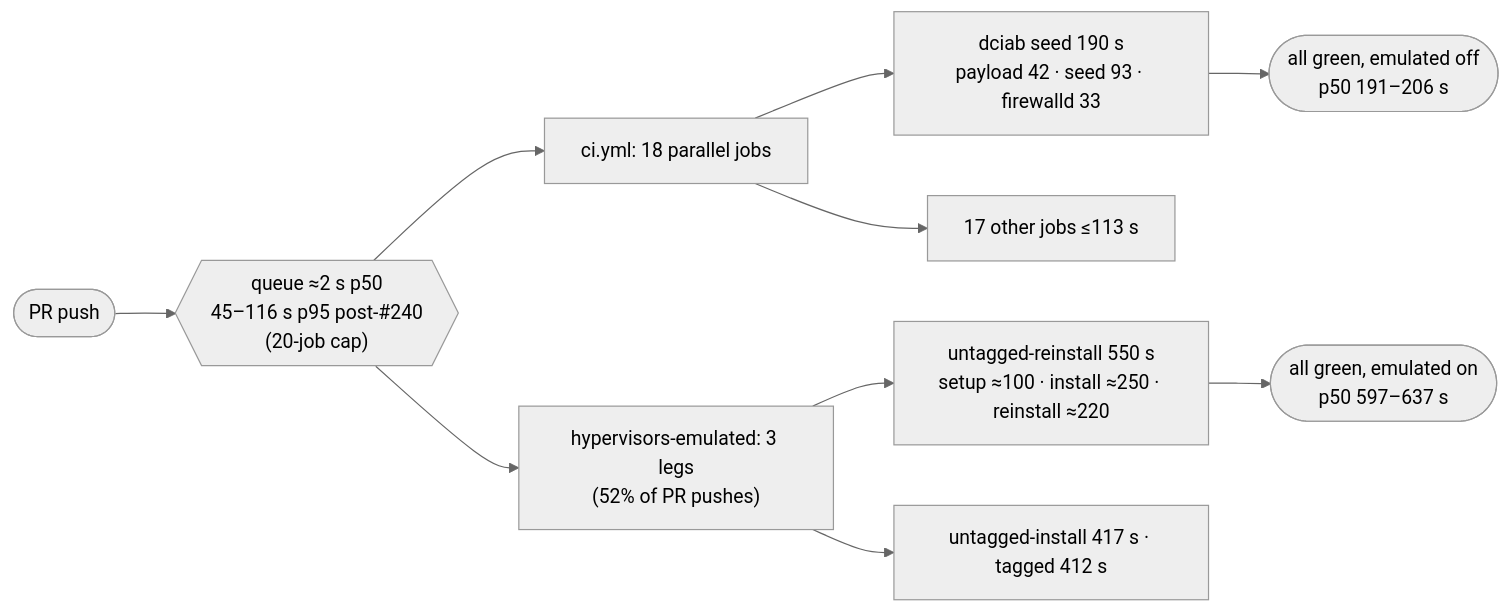
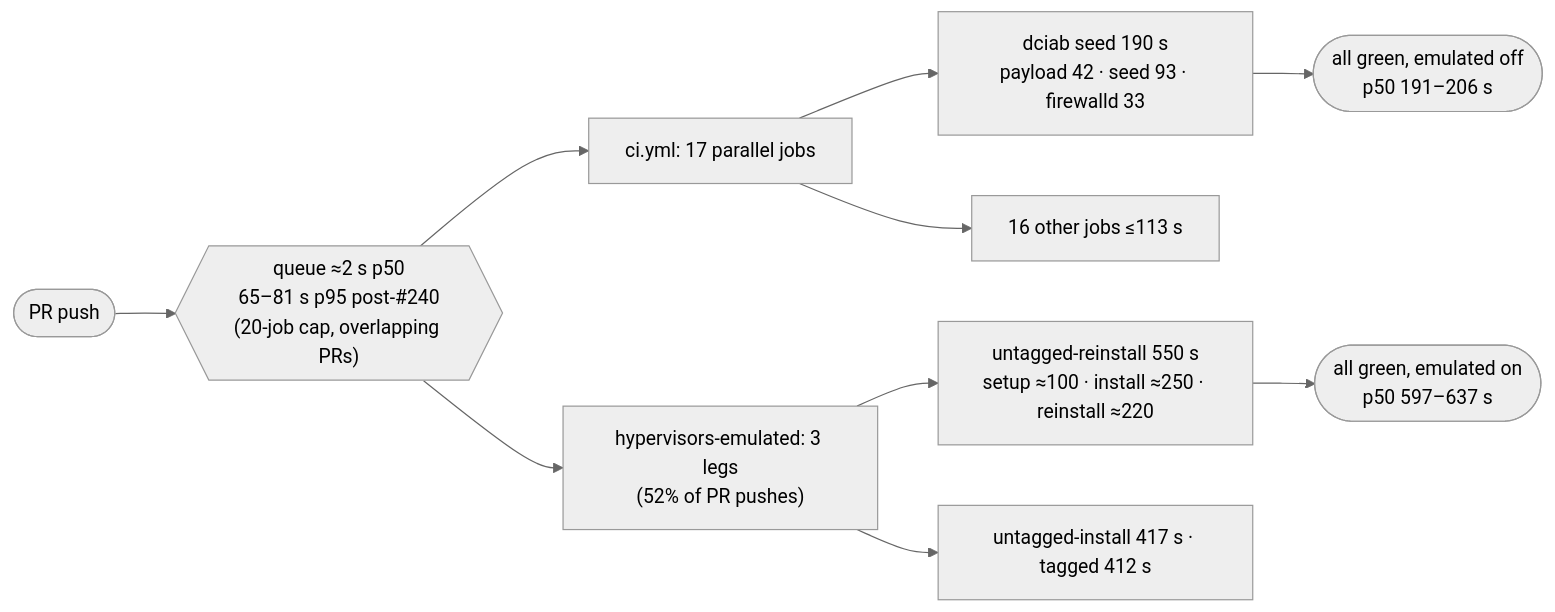
Before and after one commit to TrevorBenson/dciab: the diagram in docs/ci-review/baseline.md, drawn with Mermaid (neutral theme). The commit also changed other lines of this file and 2 other files, not shown here.

````diff
--- a/docs/ci-review/baseline.md
+++ b/docs/ci-review/baseline.md
@@ -55,12 +55,12 @@
 ```mermaid
 flowchart LR
-  push([PR push]) --> q{{"queue ≈2 s p50<br/>45–116 s p95 post-#240<br/>(20-job cap)"}}
-  q --> ci["ci.yml: 18 parallel jobs"]
+  push([PR push]) --> q{{"queue ≈2 s p50<br/>65–81 s p95 post-#240<br/>(20-job cap, overlapping PRs)"}}
+  q --> ci["ci.yml: 17 parallel jobs"]
   q --> em["hypervisors-emulated: 3 legs<br/>(52% of PR pushes)"]
   ci --> seed["dciab seed 190 s<br/>payload 42 · seed 93 · firewalld 33"]
-  ci --> rest["17 other jobs ≤113 s"]
+  ci --> rest["16 other jobs ≤113 s"]
   em --> rein["untagged-reinstall 550 s<br/>setup ≈100 · install ≈250 · reinstall ≈220"]
   em --> inst["untagged-install 417 s · tagged 412 s"]
   seed --> green1([all green, emulated off<br/>p50 191–206 s])
   rein --> green2([all green, emulated on<br/>p50 597–637 s])
 ```
````
